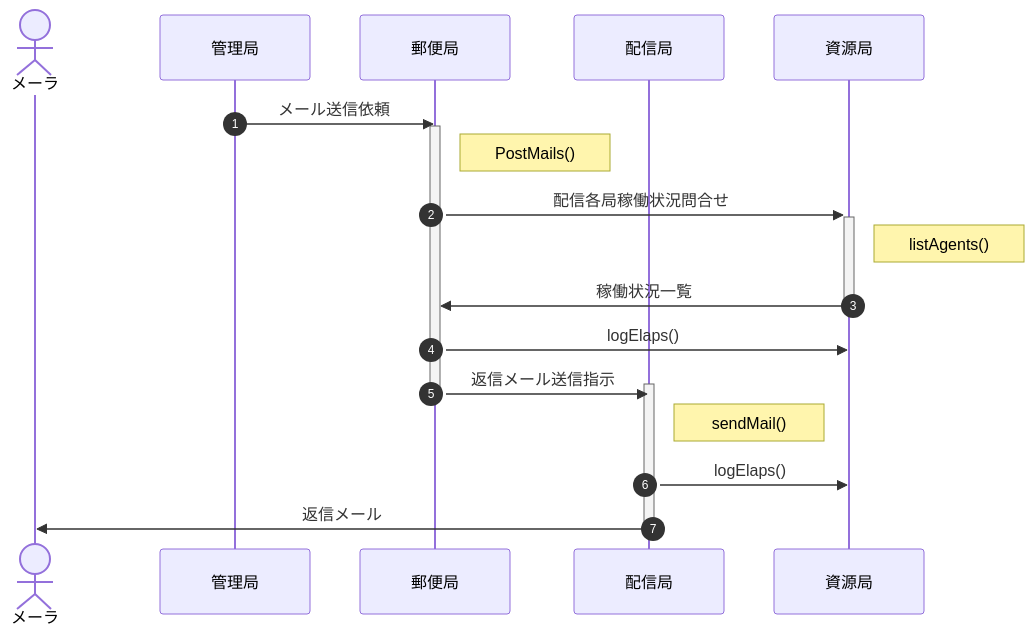
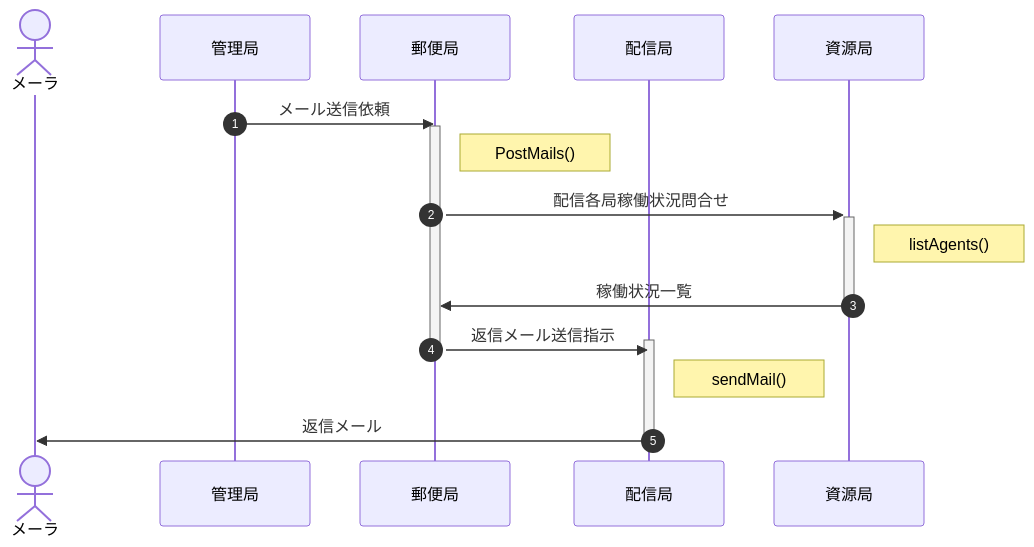
One commit to nakaone/EventStaff changed the third of 7 diagrams in doc/server.md. Above: the diagram before and after it, drawn with Mermaid. The commit also changed other lines of this file and 1 other file, not shown here.

````diff
--- a/doc/server.md
+++ b/doc/server.md
@@ -123,24 +122,22 @@
 ```mermaid
 sequenceDiagram
   autonumber
   actor mail as メーラ
   participant Master as 管理局
   participant Post as 郵便局
   participant Agent as 配信局
   participant Agency as 資源局
 
   Master ->> Post : メール送信依頼
   activate Post
   Note right of Post : PostMails()
   Post ->>+ Agency : 配信各局稼働状況問合せ
   Note right of Agency : listAgents()
   Agency ->>- Post : 稼働状況一覧
-  Post ->> Agency : logElaps()
   Post ->> Agent : 返信メール送信指示
   activate Agent
   deactivate Post
   Note right of Agent : sendMail()
-  Agent ->> Agency : logElaps()
   Agent ->> mail : 返信メール
   deactivate Agent
 ```
````
